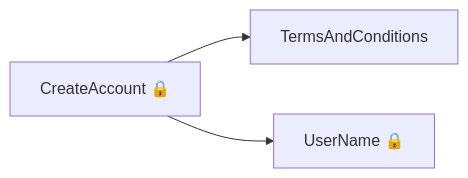
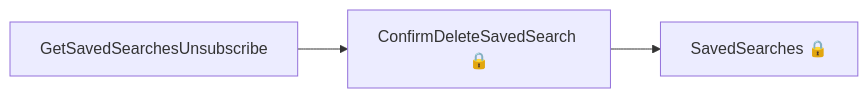
The eighth of 8 diagrams in das-findapprenticeship-web/user-journeys/user-journeys.md (talentconsulting/atlas-dfe), drawn with Mermaid before and after one commit. The commit also changed other lines of this file and 22 other files, not shown here.

````diff
--- a/das-findapprenticeship-web/user-journeys/user-journeys.md
+++ b/das-findapprenticeship-web/user-journeys/user-journeys.md
@@ -107,5 +122,5 @@
 ```mermaid
 flowchart LR
-  p0["CreateAccount 🔒"] --> p1["TermsAndConditions"]
-  p0["CreateAccount 🔒"] --> p2["UserName 🔒"]
+  p0["GetSavedSearchesUnsubscribe"] --> p1["ConfirmDeleteSavedSearch 🔒"]
+  p1["ConfirmDeleteSavedSearch 🔒"] --> p2["SavedSearches 🔒"]
 ```
````
